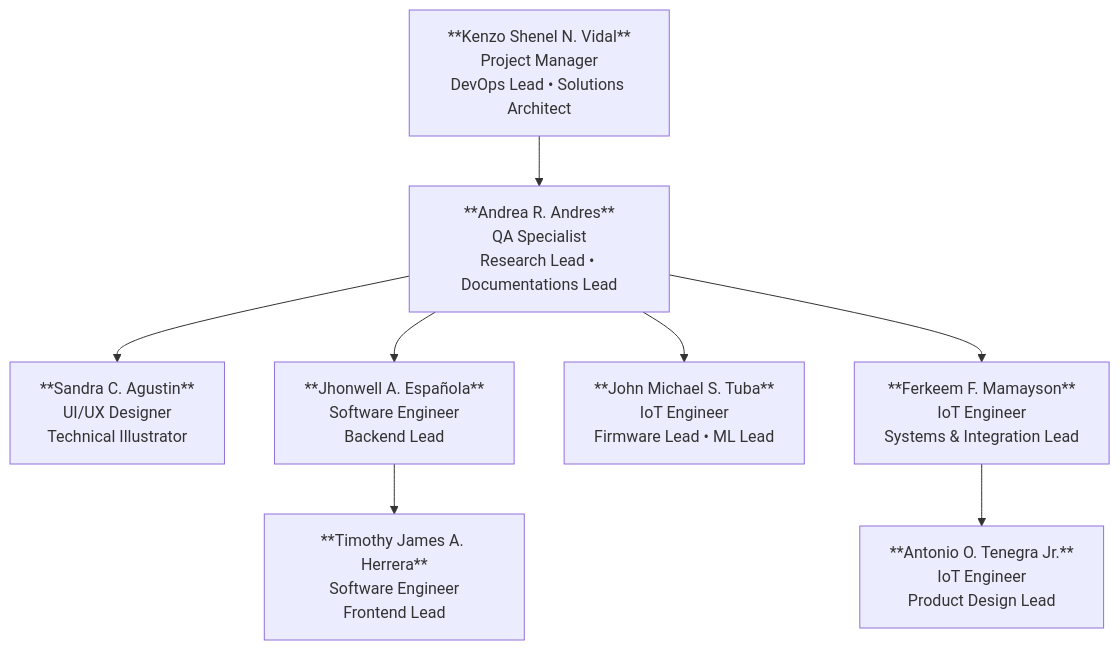
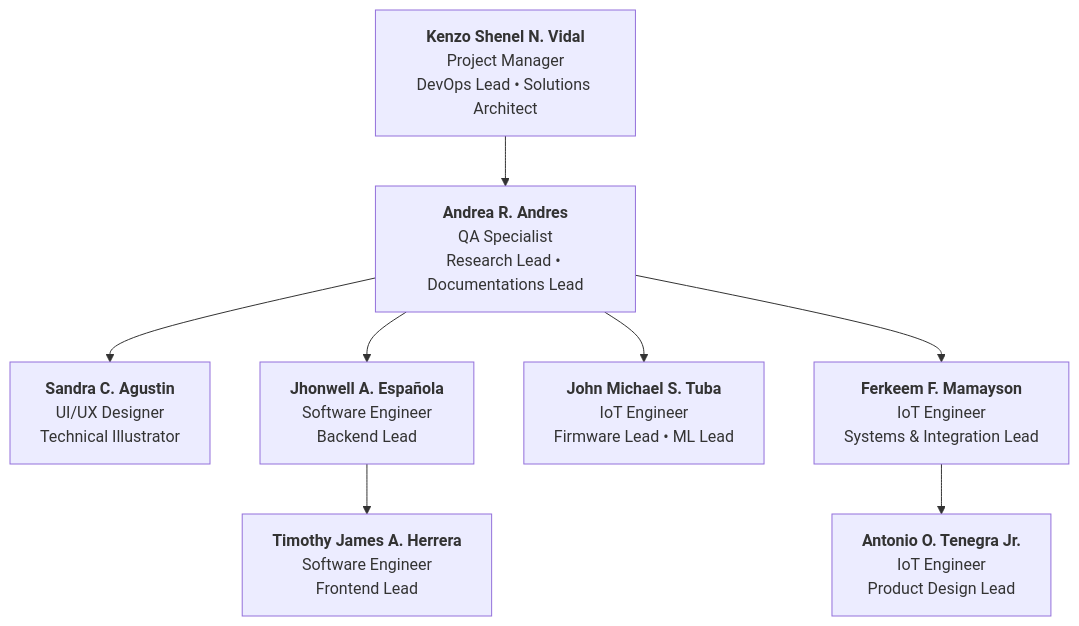
Before and after one commit to SORA-Intelligence/.github: the diagram in profile/README.md, drawn with Mermaid.

Commit message:
chore: fix markdown bold formatting in Mermaid diagram nodes

````diff
--- a/profile/README.md
+++ b/profile/README.md
@@ -5,20 +5,20 @@
 ```mermaid
 graph TD
-    Kenzo["**Kenzo Shenel N. Vidal**<br/>Project Manager<br/>DevOps Lead • Solutions Architect"]
-    Andrea["**Andrea R. Andres**<br/>QA Specialist<br/>Research Lead • Documentations Lead"]
+    Kenzo["<b>Kenzo Shenel N. Vidal</b><br/>Project Manager<br/>DevOps Lead • Solutions Architect"]
+    Andrea["<b>Andrea R. Andres</b><br/>QA Specialist<br/>Research Lead • Documentations Lead"]
     
-    Sandra["**Sandra C. Agustin**<br/>UI/UX Designer<br/>Technical Illustrator"]
-    Jhonwell["**Jhonwell A. Española**<br/>Software Engineer<br/>Backend Lead"]
-    Timothy["**Timothy James A. Herrera**<br/>Software Engineer<br/>Frontend Lead"]
-    John["**John Michael S. Tuba**<br/>IoT Engineer<br/>Firmware Lead • ML Lead"]
-    Ferkeem["**Ferkeem F. Mamayson**<br/>IoT Engineer<br/>Systems & Integration Lead"]
-    Antonio["**Antonio O. Tenegra Jr.**<br/>IoT Engineer<br/>Product Design Lead"]
+    Sandra["<b>Sandra C. Agustin</b><br/>UI/UX Designer<br/>Technical Illustrator"]
+    Jhonwell["<b>Jhonwell A. Española</b><br/>Software Engineer<br/>Backend Lead"]
+    Timothy["<b>Timothy James A. Herrera</b><br/>Software Engineer<br/>Frontend Lead"]
+    John["<b>John Michael S. Tuba</b><br/>IoT Engineer<br/>Firmware Lead • ML Lead"]
+    Ferkeem["<b>Ferkeem F. Mamayson</b><br/>IoT Engineer<br/>Systems & Integration Lead"]
+    Antonio["<b>Antonio O. Tenegra Jr.</b><br/>IoT Engineer<br/>Product Design Lead"]
 
     Kenzo --> Andrea
     Andrea --> Sandra
     Andrea --> Jhonwell
     Andrea --> John
     Andrea --> Ferkeem
     Jhonwell --> Timothy
     Ferkeem --> Antonio
 ```
````
